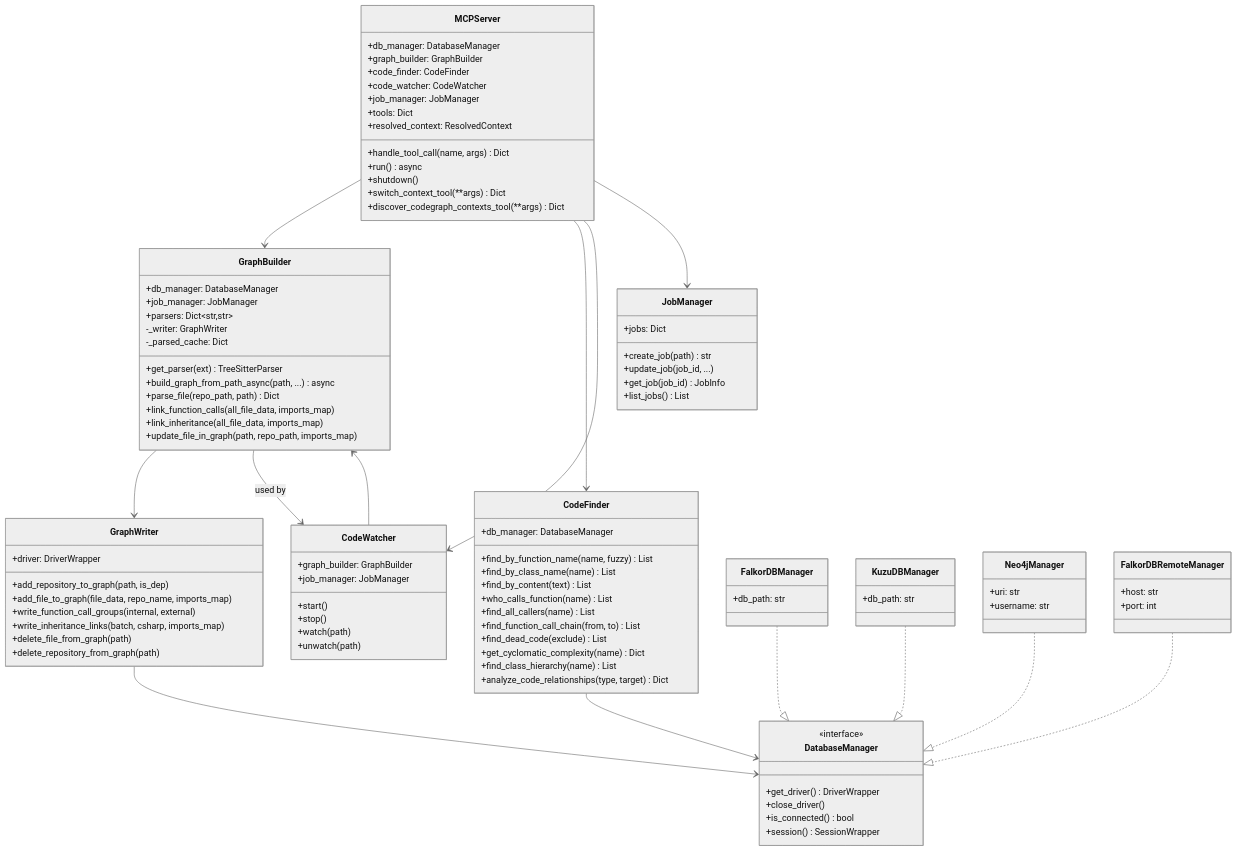
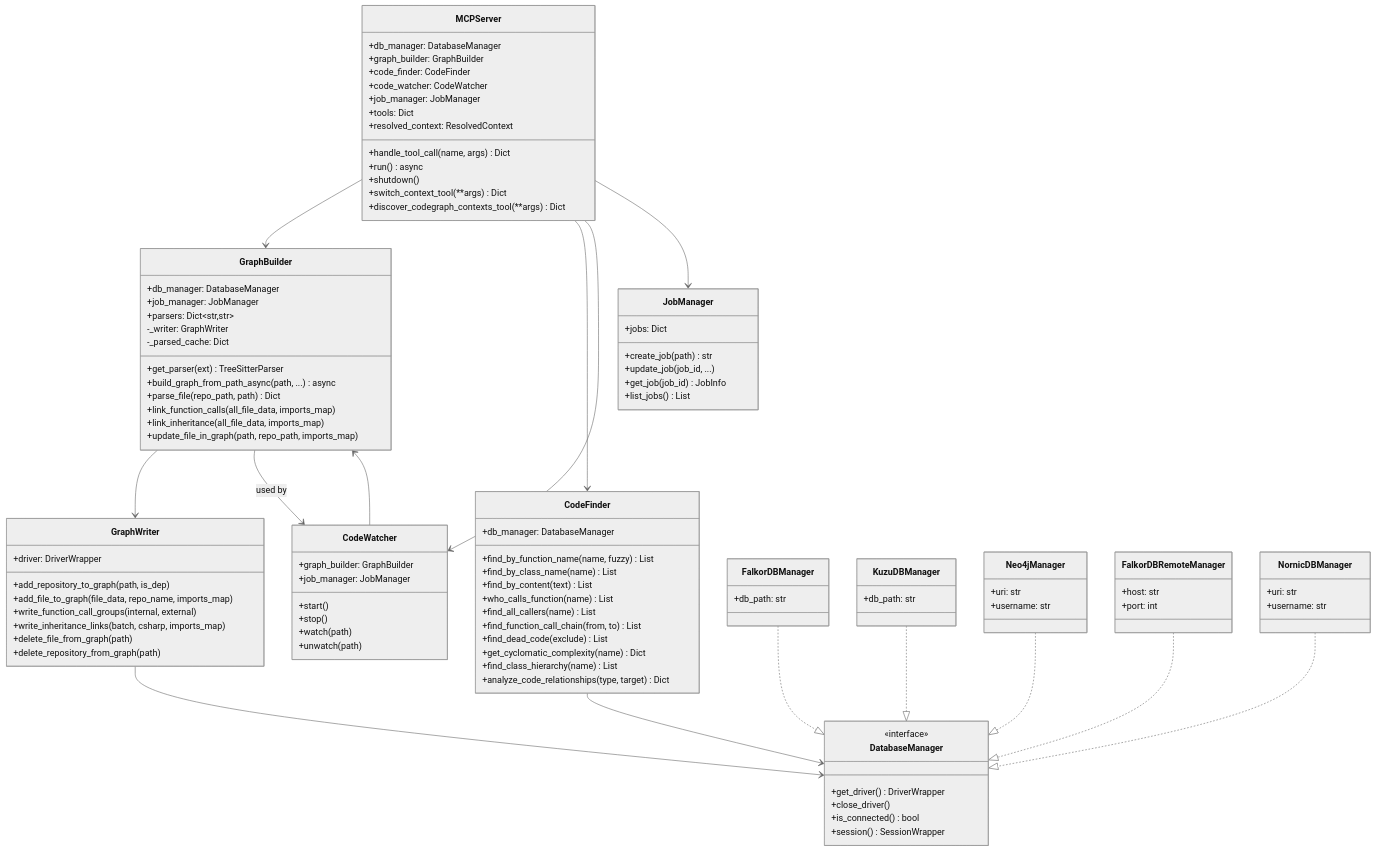
Before and after one commit to Ali110Nia/CodeGraphContext: the second of 12 diagrams in ARCHITECTURE.md, drawn with Mermaid (neutral theme). The commit also changed other lines of this file and 5 other files, not shown here.

````diff
--- a/ARCHITECTURE.md
+++ b/ARCHITECTURE.md
@@ -210,6 +212,10 @@
         +host: str
         +port: int
     }
+    class NornicDBManager {
+        +uri: str
+        +username: str
+    }
 
     MCPServer --> GraphBuilder
     MCPServer --> CodeFinder
@@ -224,4 +230,5 @@
     KuzuDBManager ..|> DatabaseManager
     Neo4jManager ..|> DatabaseManager
     FalkorDBRemoteManager ..|> DatabaseManager
+    NornicDBManager ..|> DatabaseManager
 ```
````
